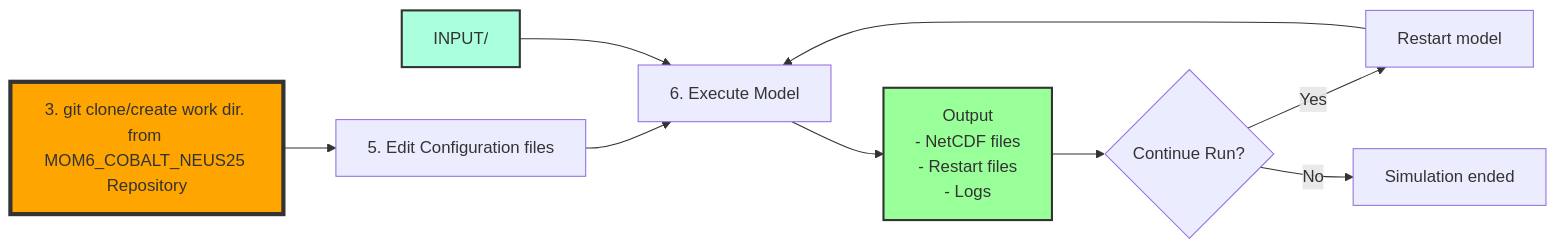
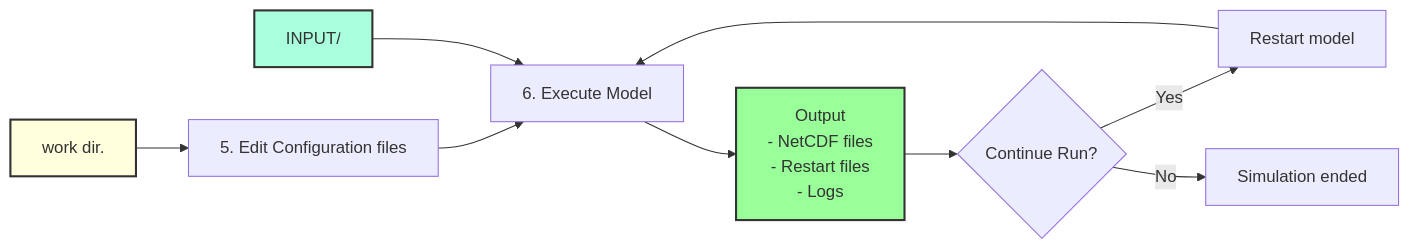
Before and after one commit to dksasaki/MOM6_COBALT_NEUS25: the second of 2 diagrams in README2.md, drawn with Mermaid.

Commit message:
minor changes

````diff
--- a/README2.md
+++ b/README2.md
@@ -39,20 +39,20 @@
 ```mermaid
 flowchart LR
-    D0[3. git clone/create work dir. from MOM6_COBALT_NEUS25 Repository] --> A
+    D0[work dir.] --> A
     A[5. Edit Configuration files] --> D
     
     B[INPUT/]
     
 
     B --> D[6. Execute Model]
     D --> E[Output<br/>- NetCDF files<br/>- Restart files<br/>- Logs]
     
     E --> F{Continue Run?}
     F -->|Yes| G[Restart model]
     G --> D
     F -->|No| H[Simulation ended]
     
-    style D0 fill:#ffa500,stroke:#333,stroke-width:4px
+    style D0 fill:#ffd,stroke:#333,stroke-width:2px
     style B fill:#afd,stroke:#333,stroke-width:2px
     style E fill:#9f9,stroke:#333,stroke-width:2px
 ```
````
